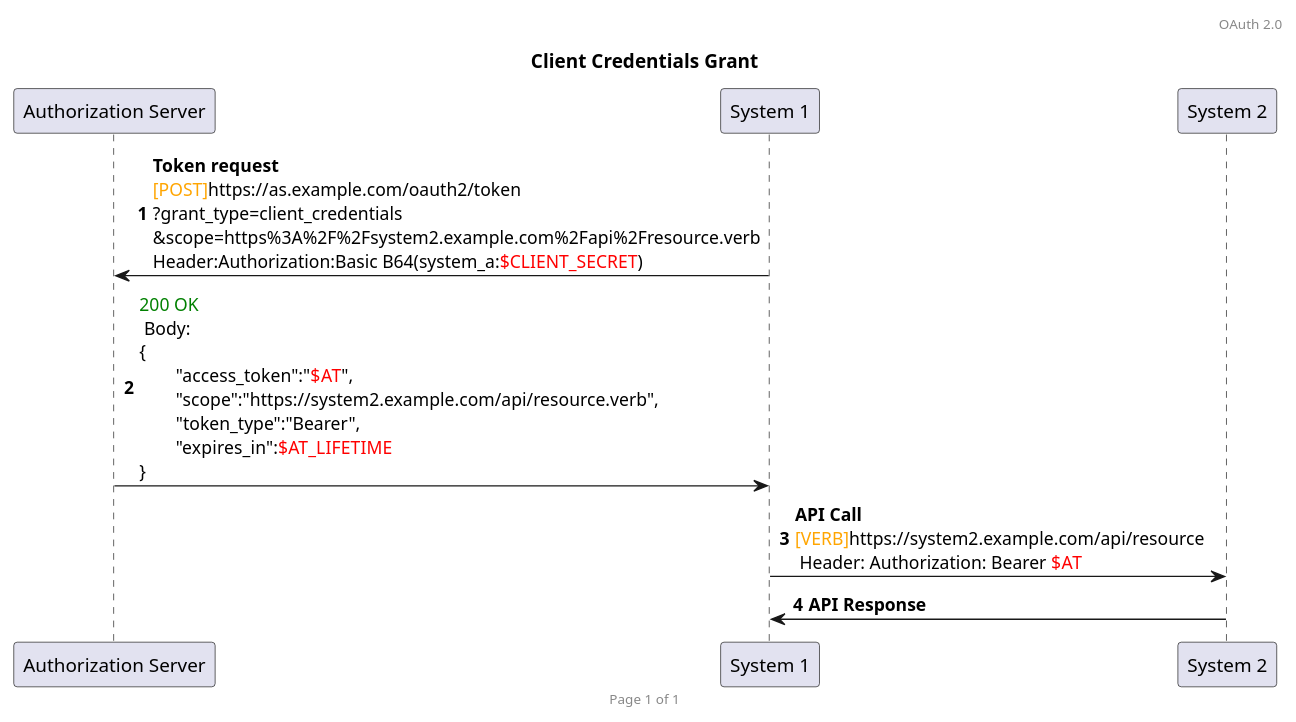
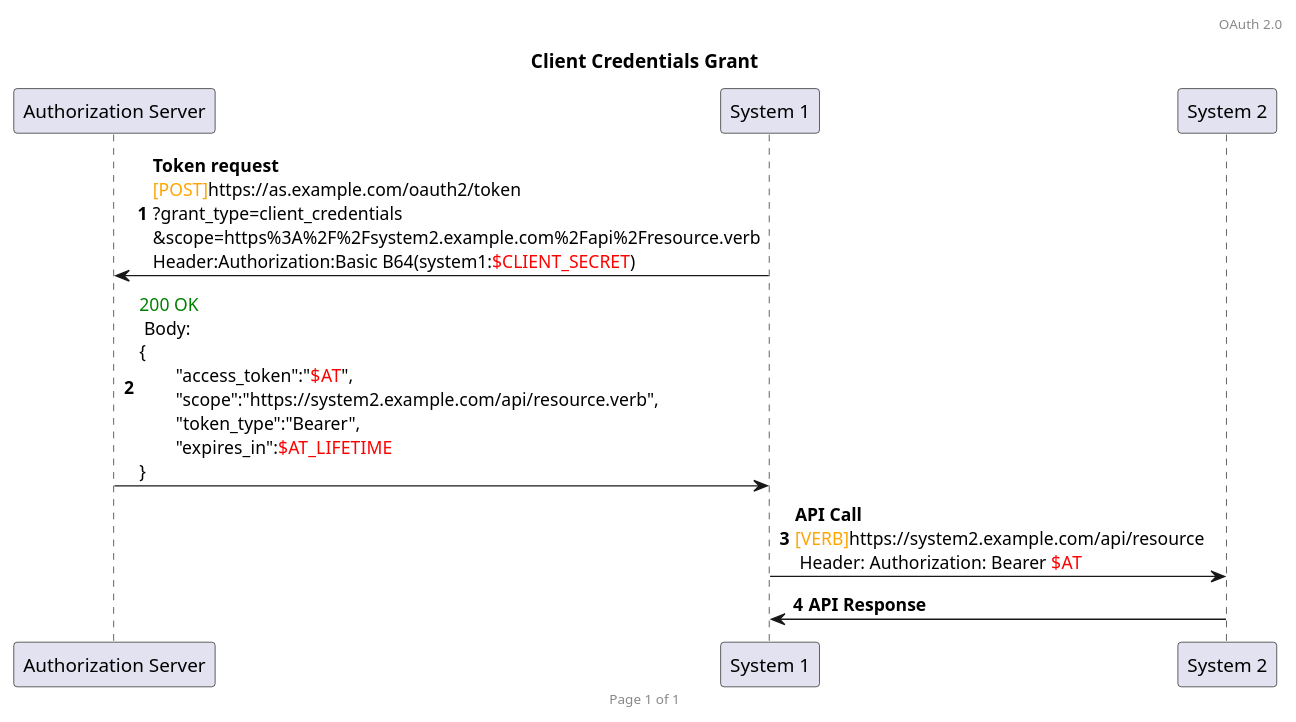
Before and after one commit to HenriLefevrePro/Articles: the diagram in plantuml/oauth2/client_credentials.plantuml, drawn with PlantUML.

```diff
--- a/plantuml/oauth2/client_credentials.plantuml
+++ b/plantuml/oauth2/client_credentials.plantuml
@@ -1,18 +1,18 @@
 @startuml
 
 header OAuth 2.0
 footer Page %page% of %lastpage%
 
 title Client Credentials Grant
 autonumber
 
 participant Auth as "Authorization Server"
 participant 1 as "System 1"
 participant 2 as "System 2"
 
-1 -> Auth : **Token request**\n<font color=orange>[POST]</font>https://as.example.com/oauth2/token\n?grant_type=client_credentials\n&scope=https%3A%2F%2Fsystem2.example.com%2Fapi%2Fresource.verb\nHeader:Authorization:Basic B64(system_a:<font color=red>$CLIENT_SECRET</font>)
+1 -> Auth : **Token request**\n<font color=orange>[POST]</font>https://as.example.com/oauth2/token\n?grant_type=client_credentials\n&scope=https%3A%2F%2Fsystem2.example.com%2Fapi%2Fresource.verb\nHeader:Authorization:Basic B64(system1:<font color=red>$CLIENT_SECRET</font>)
 Auth -> 1 : <font color=green>200 OK</font> \n Body: \n{\n\t"access_token":"<font color=red>$AT</font>",\n\t"scope":"https://system2.example.com/api/resource.verb",\n\t"token_type":"Bearer",\n\t"expires_in":<font color=red>$AT_LIFETIME</font>\n}
 
 1 -> 2 : **API Call** \n<font color=orange>[VERB]</font>https://system2.example.com/api/resource\n Header: Authorization: Bearer <font color=red>$AT</font>
 2 -> 1 : **API Response**
 @enduml
```
